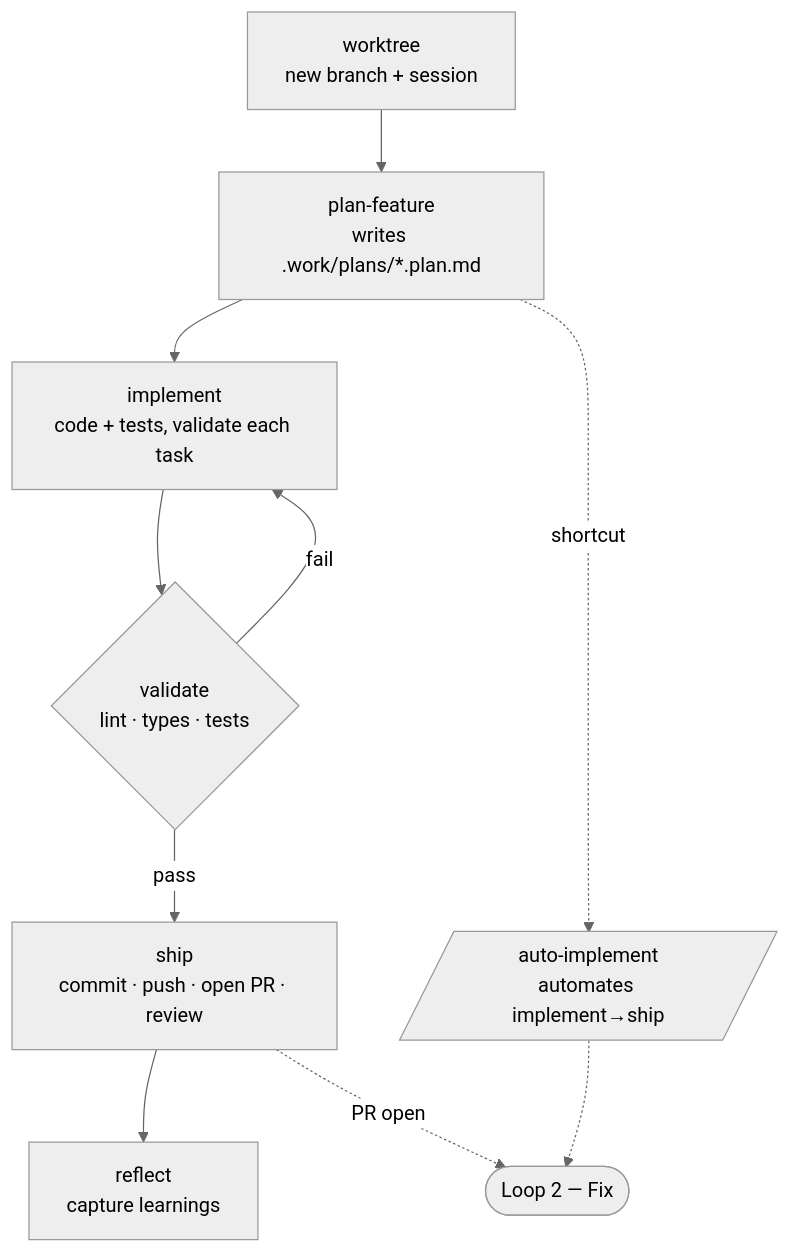
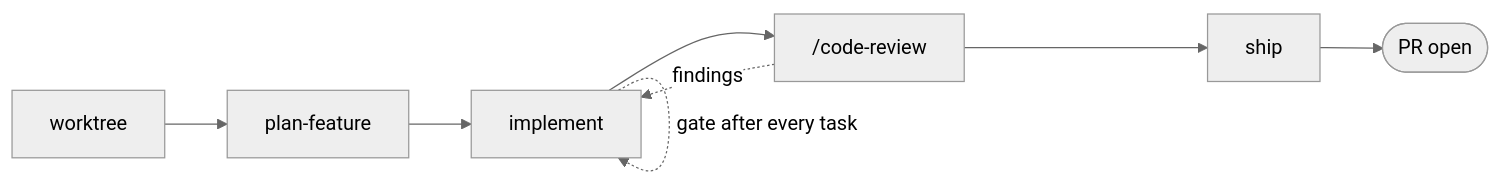
One commit to meludi/compass changed the first of 3 diagrams in references/WORKFLOW.md. Above: the diagram before and after it, drawn with Mermaid (neutral theme). The commit also changed other lines of this file and 48 other files, not shown here.

````diff
--- a/references/WORKFLOW.md
+++ b/references/WORKFLOW.md
@@ -70,12 +63,6 @@
 ```mermaid
-flowchart TD
-  W[worktree<br/>new branch + session] --> P[plan-feature<br/>writes .work/plans/*.plan.md]
-  P --> I[implement<br/>code + tests, validate each task]
-  I --> V{validate<br/>lint · types · tests}
-  V -- fail --> I
-  V -- pass --> S[ship<br/>commit · push · open PR · review]
-  S --> R[reflect<br/>capture learnings]
-  S -. PR open .-> L2([Loop 2 — Fix])
-  AI[/auto-implement<br/>automates implement→ship/]
-  P -. shortcut .-> AI -.-> L2
+flowchart LR
+    W[worktree] --> P[plan-feature] --> I[implement] --> C["/code-review"] --> S[ship] --> PR([PR open])
+    I -. gate after every task .-> I
+    C -. findings .-> I
 ```
````
